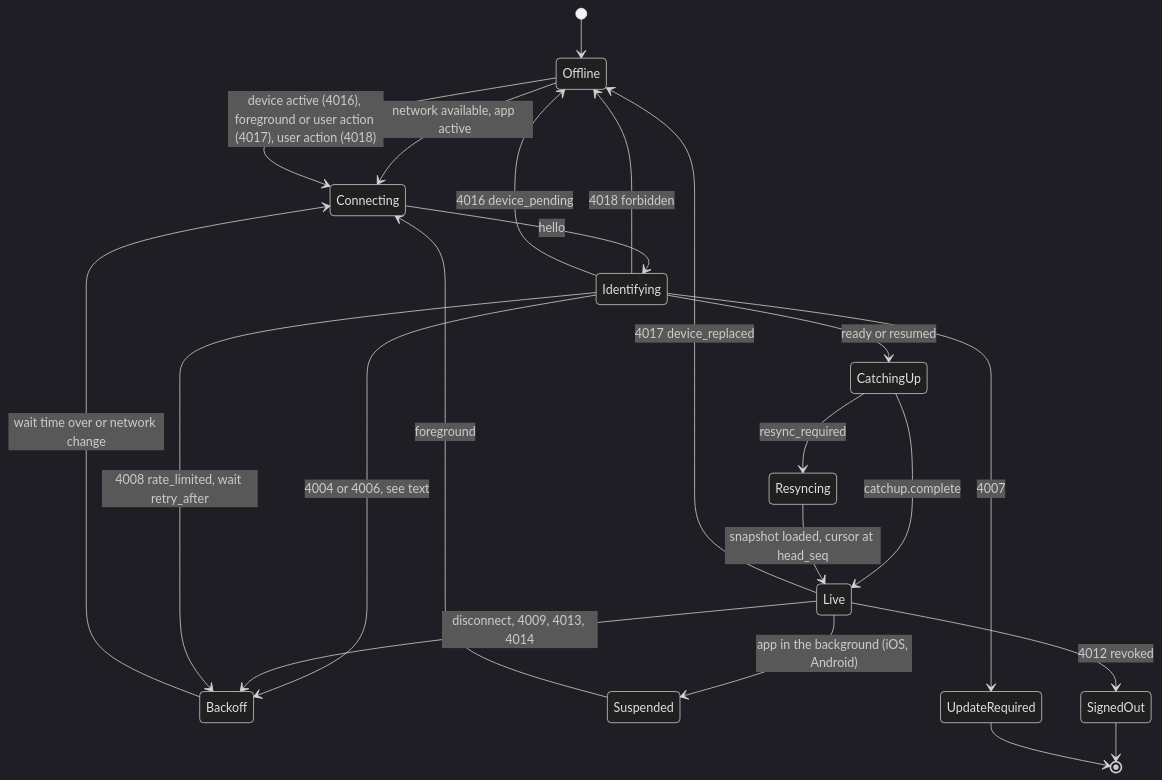
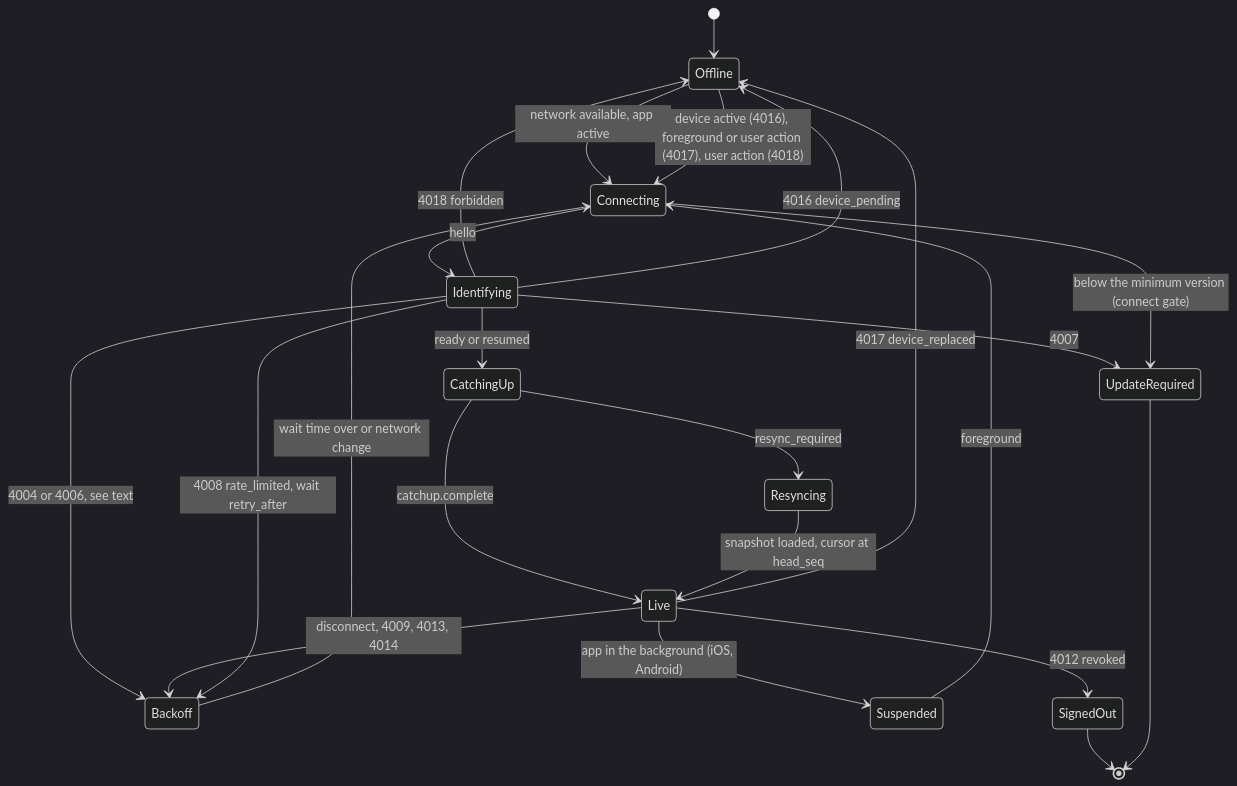
Before and after one commit to mguttmann/bothy: the third of 5 diagrams in docs/spec/15-client-architecture.md, drawn with Mermaid (dark theme). The commit also changed other lines of this file and 80 other files, not shown here.

First line of the commit message:
feat(client): mobile app distribution and minimum version (M7-13) (#413)

````diff
--- a/docs/spec/15-client-architecture.md
+++ b/docs/spec/15-client-architecture.md
@@ -348,24 +348,25 @@
 ```mermaid
 stateDiagram-v2
   [*] --> Offline
   Offline --> Connecting: network available, app active
   Connecting --> Identifying: hello
   Identifying --> CatchingUp: ready or resumed
   Identifying --> Backoff: 4004 or 4006, see text
   CatchingUp --> Live: catchup.complete
   CatchingUp --> Resyncing: resync_required
   Resyncing --> Live: snapshot loaded, cursor at head_seq
   Live --> Backoff: disconnect, 4009, 4013, 4014
   Backoff --> Connecting: wait time over or network change
   Live --> Suspended: app in the background (iOS, Android)
   Suspended --> Connecting: foreground
   Live --> SignedOut: 4012 revoked
   Identifying --> UpdateRequired: 4007
+  Connecting --> UpdateRequired: below the minimum version (connect gate)
   Identifying --> Offline: 4018 forbidden
   Identifying --> Offline: 4016 device_pending
   Live --> Offline: 4017 device_replaced
   Identifying --> Backoff: 4008 rate_limited, wait retry_after
   Offline --> Connecting: device active (4016), foreground or user action (4017), user action (4018)
   SignedOut --> [*]
   UpdateRequired --> [*]
 ```
````
